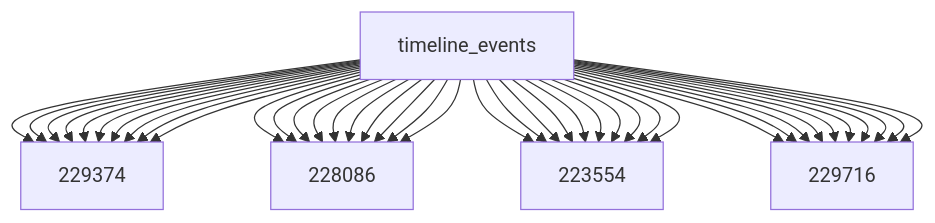
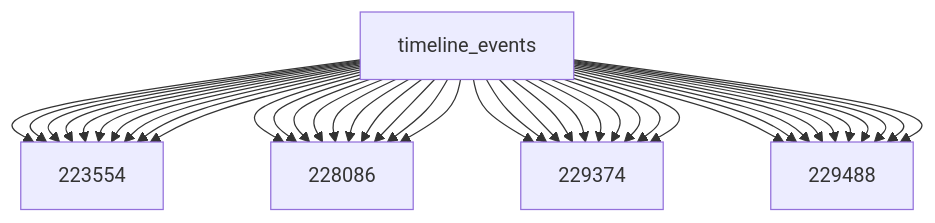
The diagram in data/timelines/graph.md (caiyawulf21/optisweepAI-phase0), drawn with Mermaid before and after one commit. The commit also changed other lines of this file and 896 other files, not shown here.

````diff
--- a/data/timelines/graph.md
+++ b/data/timelines/graph.md
@@ -3,44 +3,44 @@
 ```mermaid
 flowchart TD
   dataset[timeline_events]
+  dataset --> 223554[223554]
+  dataset --> 223554[223554]
+  dataset --> 223554[223554]
+  dataset --> 223554[223554]
+  dataset --> 223554[223554]
+  dataset --> 223554[223554]
+  dataset --> 223554[223554]
+  dataset --> 223554[223554]
+  dataset --> 223554[223554]
+  dataset --> 223554[223554]
+  dataset --> 228086[228086]
+  dataset --> 228086[228086]
+  dataset --> 228086[228086]
+  dataset --> 228086[228086]
+  dataset --> 228086[228086]
+  dataset --> 228086[228086]
+  dataset --> 228086[228086]
+  dataset --> 228086[228086]
+  dataset --> 228086[228086]
+  dataset --> 228086[228086]
   dataset --> 229374[229374]
   dataset --> 229374[229374]
   dataset --> 229374[229374]
   dataset --> 229374[229374]
   dataset --> 229374[229374]
   dataset --> 229374[229374]
   dataset --> 229374[229374]
   dataset --> 229374[229374]
   dataset --> 229374[229374]
   dataset --> 229374[229374]
-  dataset --> 228086[228086]
-  dataset --> 228086[228086]
-  dataset --> 228086[228086]
-  dataset --> 228086[228086]
-  dataset --> 228086[228086]
-  dataset --> 228086[228086]
-  dataset --> 228086[228086]
-  dataset --> 228086[228086]
-  dataset --> 228086[228086]
-  dataset --> 228086[228086]
-  dataset --> 223554[223554]
-  dataset --> 223554[223554]
-  dataset --> 223554[223554]
-  dataset --> 223554[223554]
-  dataset --> 223554[223554]
-  dataset --> 223554[223554]
-  dataset --> 223554[223554]
-  dataset --> 223554[223554]
-  dataset --> 223554[223554]
-  dataset --> 223554[223554]
-  dataset --> 229716[229716]
-  dataset --> 229716[229716]
-  dataset --> 229716[229716]
-  dataset --> 229716[229716]
-  dataset --> 229716[229716]
-  dataset --> 229716[229716]
-  dataset --> 229716[229716]
-  dataset --> 229716[229716]
-  dataset --> 229716[229716]
-  dataset --> 229716[229716]
+  dataset --> 229488[229488]
+  dataset --> 229488[229488]
+  dataset --> 229488[229488]
+  dataset --> 229488[229488]
+  dataset --> 229488[229488]
+  dataset --> 229488[229488]
+  dataset --> 229488[229488]
+  dataset --> 229488[229488]
+  dataset --> 229488[229488]
+  dataset --> 229488[229488]
 ```
````
